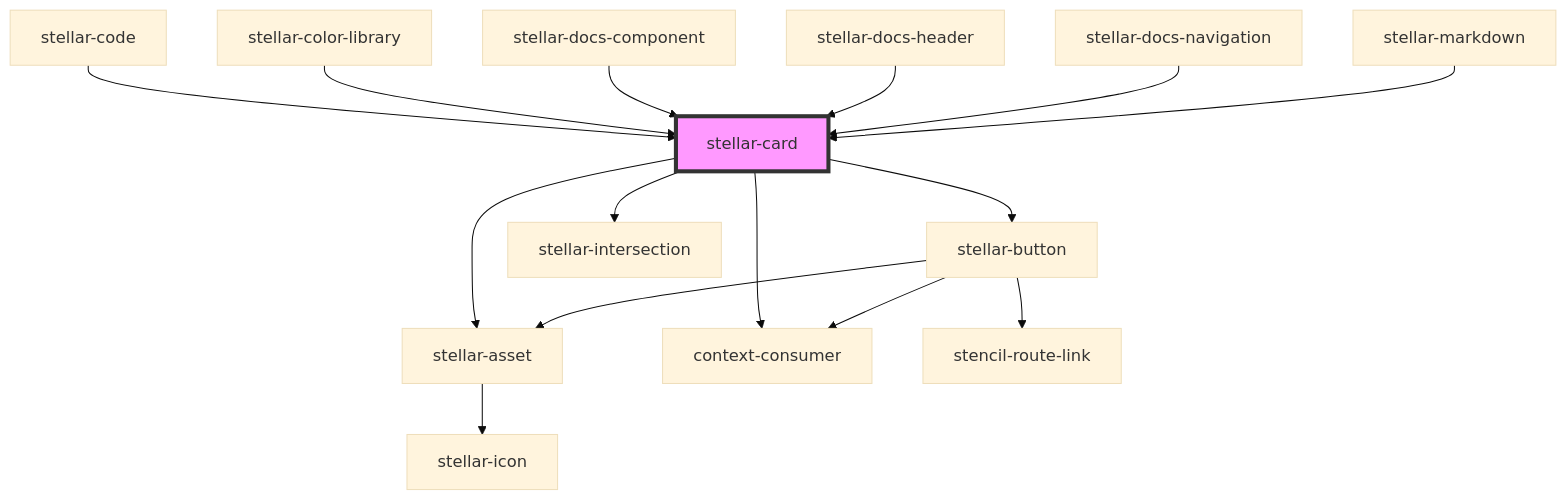
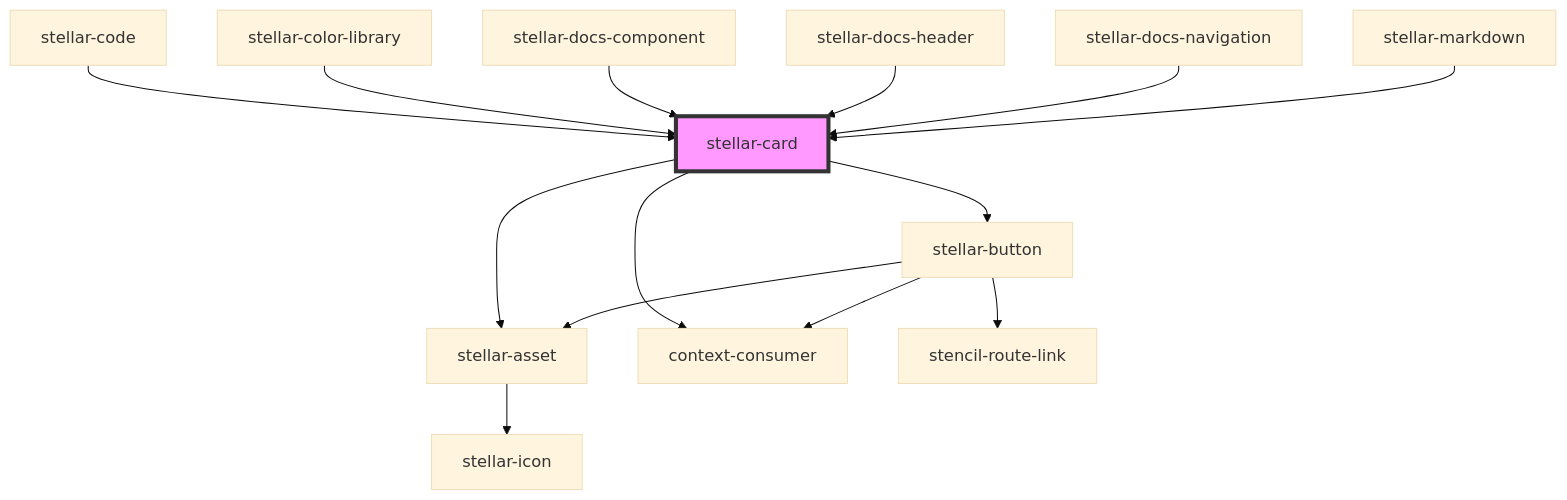
The diagram in src/components/ui/card/readme.md (splitinfinities/Stellar), drawn with Mermaid (base theme) before and after one commit. The commit also changed other lines of this file and 17 other files, not shown here.

````diff
--- a/src/components/ui/card/readme.md
+++ b/src/components/ui/card/readme.md
@@ -119,18 +118,17 @@
 ```mermaid
 graph TD;
   stellar-card --> stellar-button
   stellar-card --> stellar-asset
-  stellar-card --> stellar-intersection
   stellar-card --> context-consumer
   stellar-button --> stellar-asset
   stellar-button --> stencil-route-link
   stellar-button --> context-consumer
   stellar-asset --> stellar-icon
   stellar-code --> stellar-card
   stellar-color-library --> stellar-card
   stellar-docs-component --> stellar-card
   stellar-docs-header --> stellar-card
   stellar-docs-navigation --> stellar-card
   stellar-markdown --> stellar-card
   style stellar-card fill:#f9f,stroke:#333,stroke-width:4px
 ```
````
